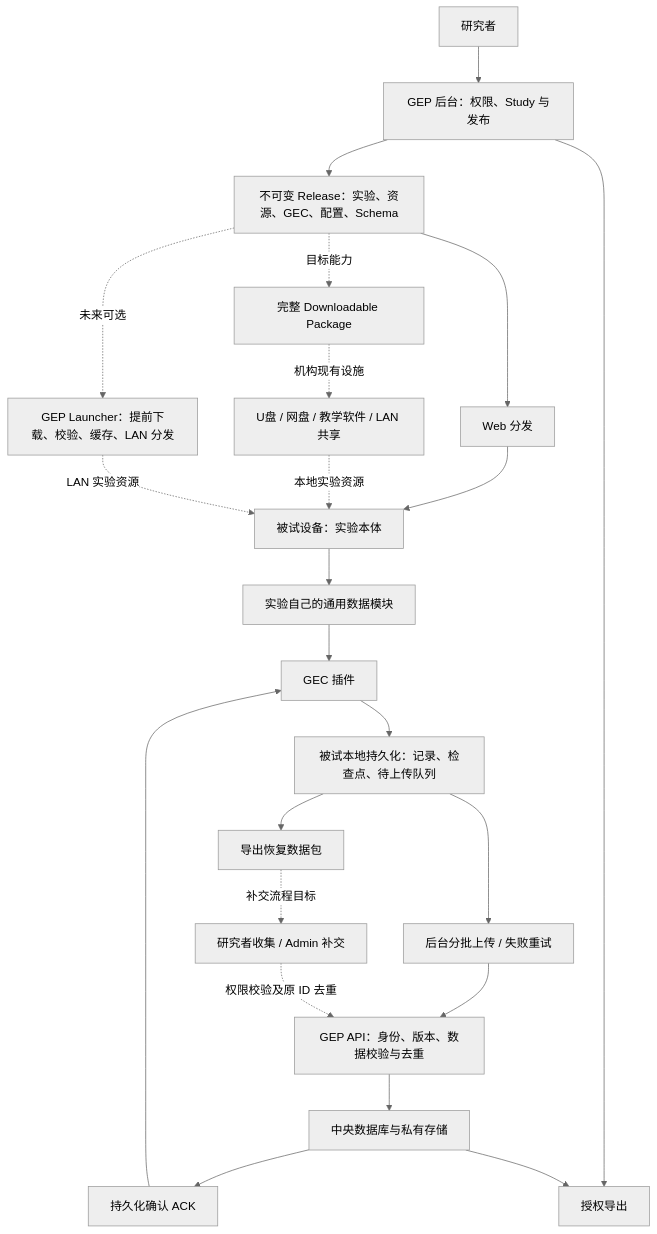
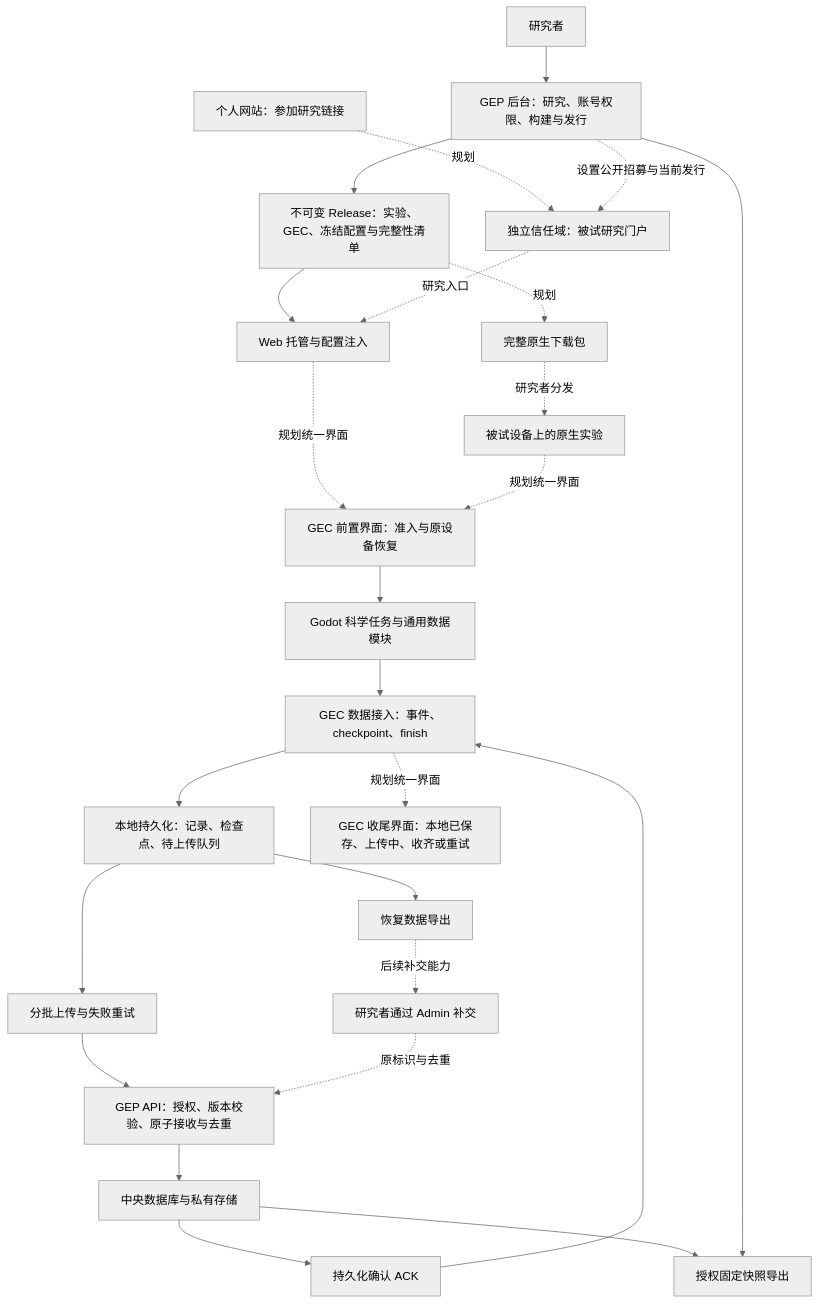
One commit to GuGuGu-coocoo/gugugulab-experiment-platform changed the diagram in README.md. Above: the diagram before and after it, drawn with Mermaid (neutral theme). The commit also changed other lines of this file, not shown here.

Commit message:
docs: refresh roadmap and target architecture in readme

````diff
--- a/README.md
+++ b/README.md
@@ -56,25 +73,27 @@
 ```mermaid
 flowchart TB
-  Researcher[研究者] --> Admin[GEP 后台：权限、Study 与发布]
-  Admin --> Release[不可变 Release：实验、资源、GEC、配置、Schema]
-  Release --> Web[Web 分发]
-  Release -.目标能力.-> Package[完整 Downloadable Package]
-  Package -.机构现有设施.-> Delivery[U盘 / 网盘 / 教学软件 / LAN 共享]
-  Release -.未来可选.-> Launcher[GEP Launcher：提前下载、校验、缓存、LAN 分发]
-  Web --> Experiment[被试设备：实验本体]
-  Delivery -.本地实验资源.-> Experiment
-  Launcher -.LAN 实验资源.-> Experiment
-  Experiment --> Module[实验自己的通用数据模块]
-  Module --> GEC[GEC 插件]
-  GEC --> Local[被试本地持久化：记录、检查点、待上传队列]
-  Local --> Upload[后台分批上传 / 失败重试]
-  Upload --> API[GEP API：身份、版本、数据校验与去重]
+  Researcher[研究者] --> Admin[GEP 后台：研究、账号权限、构建与发行]
+  Admin --> Release[不可变 Release：实验、GEC、冻结配置与完整性清单]
+  Site[个人网站：参加研究链接] -.规划.-> Portal[独立信任域：被试研究门户]
+  Admin -.设置公开招募与当前发行.-> Portal
+  Release --> Web[Web 托管与配置注入]
+  Release -.规划.-> Package[完整原生下载包]
+  Portal -.研究入口.-> Web
+  Package -.研究者分发.-> Native[被试设备上的原生实验]
+  Web -.规划统一界面.-> Entry[GEC 前置界面：准入与原设备恢复]
+  Native -.规划统一界面.-> Entry
+  Entry --> Task[Godot 科学任务与通用数据模块]
+  Task --> GEC[GEC 数据接入：事件、checkpoint、finish]
+  GEC --> Local[本地持久化：记录、检查点、待上传队列]
+  Local --> Upload[分批上传与失败重试]
+  Upload --> API[GEP API：授权、版本校验、原子接收与去重]
   API --> Database[中央数据库与私有存储]
   Database --> ACK[持久化确认 ACK]
   ACK --> GEC
-  Local --> Recovery[导出恢复数据包]
-  Recovery -.补交流程目标.-> Import[研究者收集 / Admin 补交]
-  Import -.权限校验及原 ID 去重.-> API
-  Admin --> Export[授权导出]
-  Database --> Export
+  GEC -.规划统一界面.-> Finish[GEC 收尾界面：本地已保存、上传中、收齐或重试]
+  Local --> Recovery[恢复数据导出]
+  Recovery -.后续补交能力.-> Import[研究者通过 Admin 补交]
+  Import -.原标识与去重.-> API
+  Database --> Export[授权固定快照导出]
+  Admin --> Export
 ```
````
